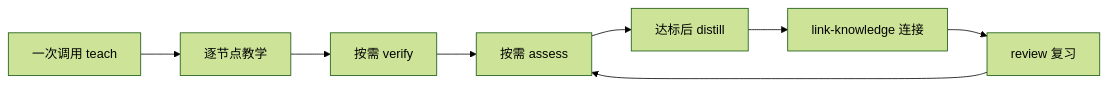
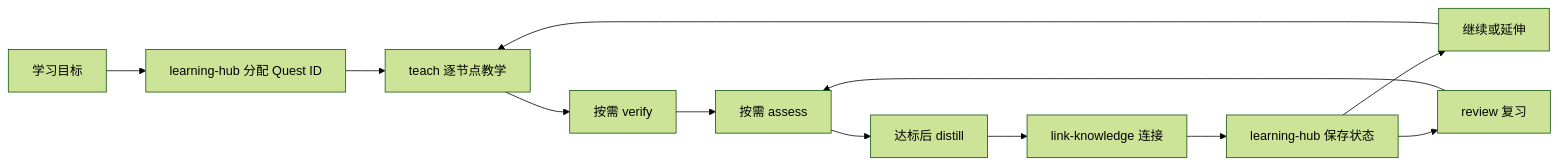
The diagram in README.md (Serral828/Learning-Vault-Skills), drawn with Mermaid (forest theme) before and after one commit. The commit also changed other lines of this file and 8 other files, not shown here.

````diff
--- a/README.md
+++ b/README.md
@@ -127,10 +137,14 @@
 ```mermaid
 flowchart LR
-    Q[一次调用 teach] --> T[逐节点教学]
+    Q[学习目标] --> H[learning-hub 分配 Quest ID]
+    H --> T[teach 逐节点教学]
     T --> V[按需 verify]
     V --> A[按需 assess]
     A --> D[达标后 distill]
     D --> L[link-knowledge 连接]
-    L --> R[review 复习]
+    L --> H2[learning-hub 保存状态]
+    H2 --> C[继续或延伸]
+    H2 --> R[review 复习]
+    C --> T
     R --> A
 ```
````
